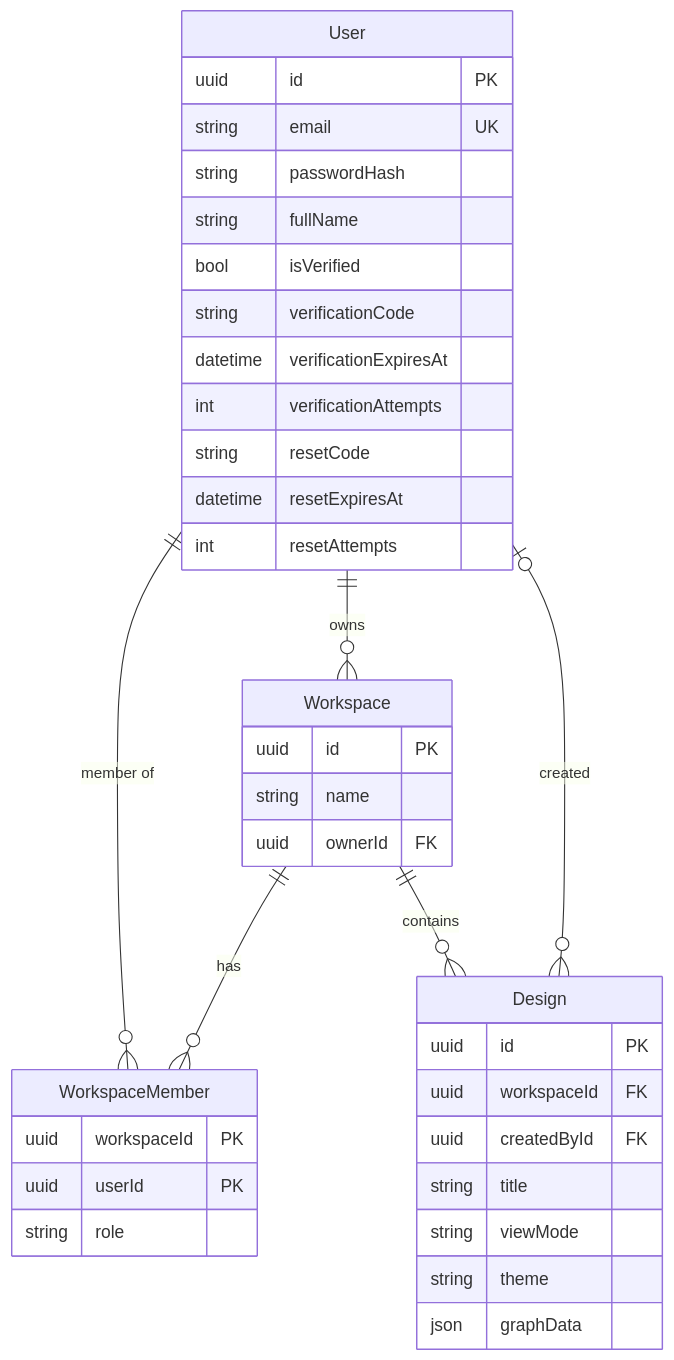
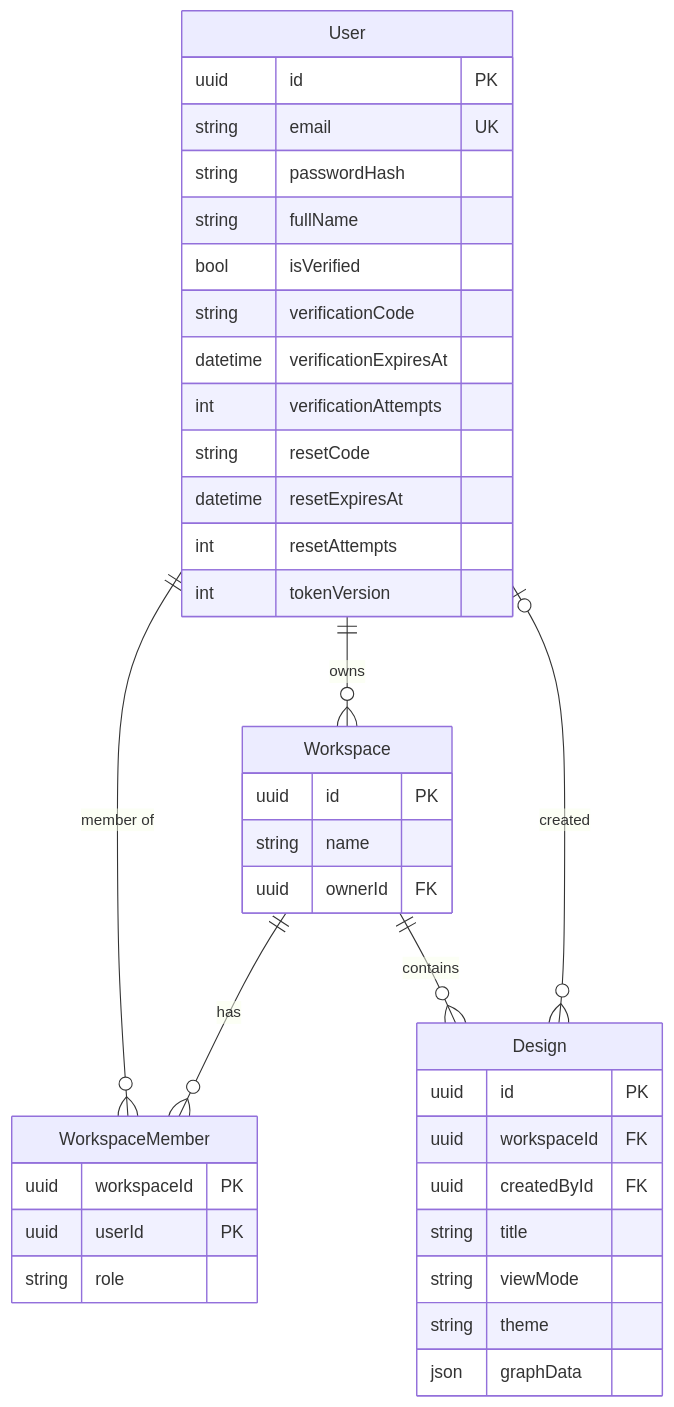
The fourth of 4 diagrams in README.md (maryam22001/VisualStack), drawn with Mermaid before and after one commit. The commit also changed other lines of this file and 40 other files, not shown here.

````diff
--- a/README.md
+++ b/README.md
@@ -289,35 +307,36 @@
 ```mermaid
 erDiagram
   User ||--o{ Workspace : owns
   User ||--o{ WorkspaceMember : "member of"
   Workspace ||--o{ WorkspaceMember : has
   Workspace ||--o{ Design : contains
   User |o--o{ Design : created
 
   User {
     uuid id PK
     string email UK
     string passwordHash
     string fullName
     bool isVerified
     string verificationCode
     datetime verificationExpiresAt
     int verificationAttempts
     string resetCode
     datetime resetExpiresAt
     int resetAttempts
+    int tokenVersion
   }
   Workspace { uuid id PK
     string name
     uuid ownerId FK }
   WorkspaceMember { uuid workspaceId PK
     uuid userId PK
     string role }
   Design { uuid id PK
     uuid workspaceId FK
     uuid createdById FK
     string title
     string viewMode
     string theme
     json graphData }
 ```
````
